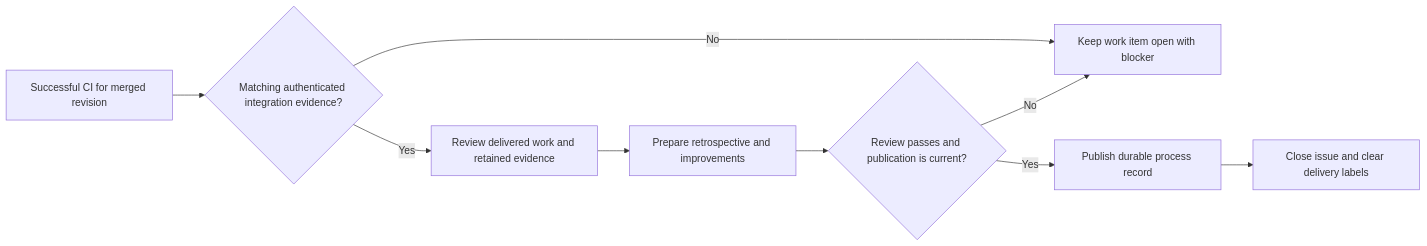
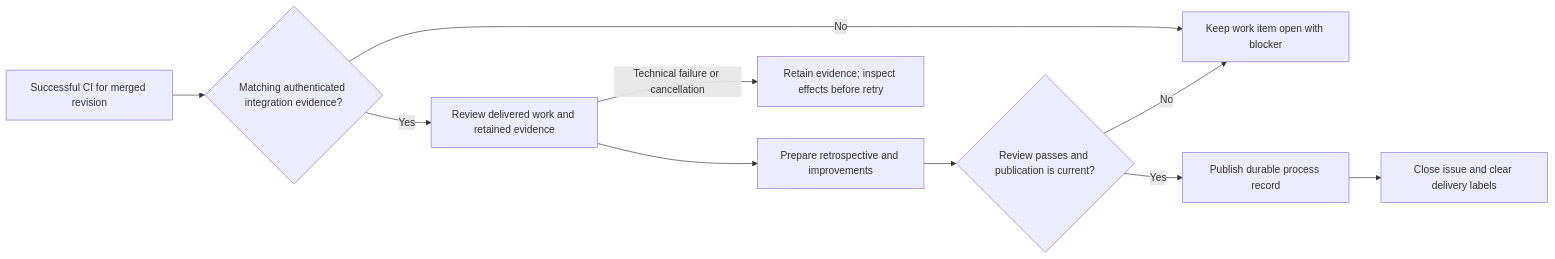
One commit to juangcarmona/lighthouse changed the diagram in docs/architecture/06-runtime-view/review.md. Above: the diagram before and after it, drawn with Mermaid. The commit also changed other lines of this file and 17 other files, not shown here.

````diff
--- a/docs/architecture/06-runtime-view/review.md
+++ b/docs/architecture/06-runtime-view/review.md
@@ -5,13 +5,14 @@
 ```mermaid
 flowchart LR
     accTitle: Review and close
     accDescr: After an authorized merge and successful adopted post-merge CI, review checks retained integration evidence and records the delivery retrospective.
     CI[Successful CI for merged revision] --> Admit{Matching authenticated integration evidence?}
     Admit -->|No| Block[Keep work item open with blocker]
     Admit -->|Yes| Review[Review delivered work and retained evidence]
     Review --> Record[Prepare retrospective and improvements]
     Record --> Valid{Review passes and publication is current?}
     Valid -->|No| Block
     Valid -->|Yes| Publish[Publish durable process record]
     Publish --> Close[Close issue and clear delivery labels]
+    Review -->|Technical failure or cancellation| Failure[Retain evidence; inspect effects before retry]
 ```
````
